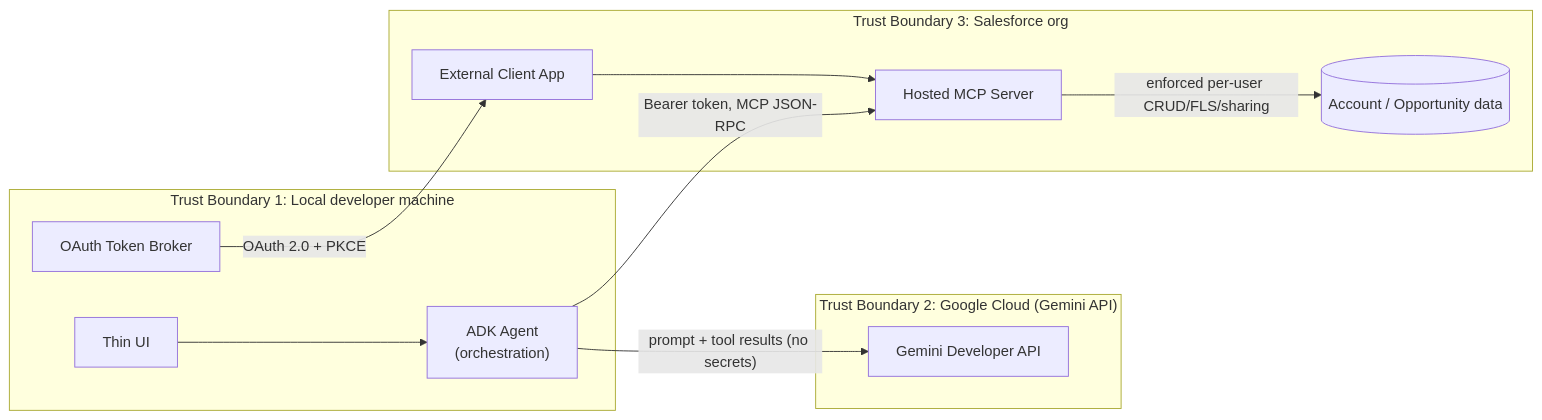
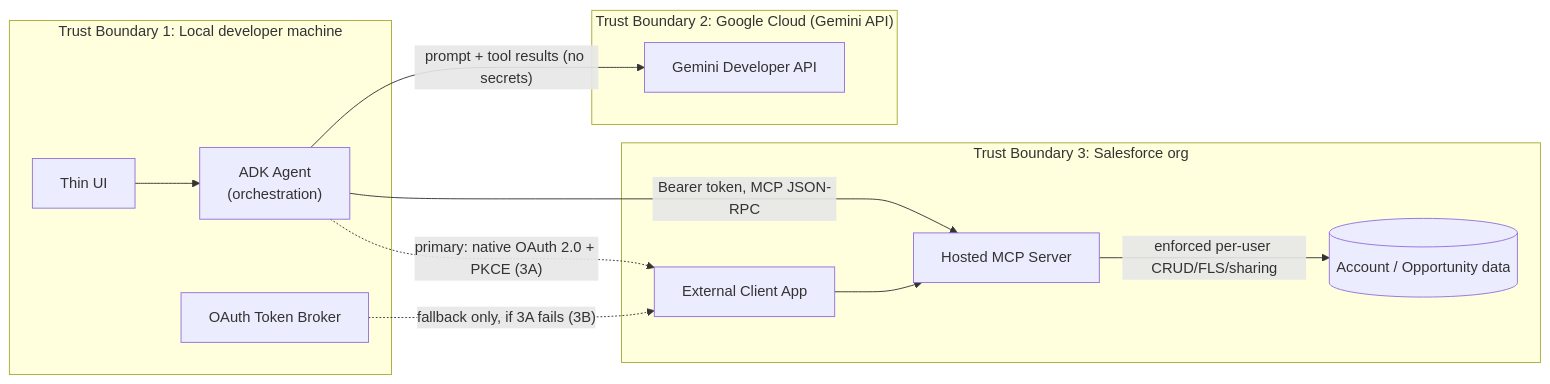
Before and after one commit to vikaspandey1007/sfdc-mcp-poc: the fourth of 4 diagrams in docs/gate-0-plan.md, drawn with Mermaid. The commit also changed other lines of this file, not shown here.

First line of the commit message:
docs: flip D2 to native-first ADK OAuth with tested fallback

````diff
--- a/docs/gate-0-plan.md
+++ b/docs/gate-0-plan.md
@@ -151,23 +175,24 @@
 ```mermaid
 flowchart LR
     subgraph B1["Trust Boundary 1: Local developer machine"]
         UI2[Thin UI]
         Agent2["ADK Agent<br/>(orchestration)"]
         Broker2[OAuth Token Broker]
     end
     subgraph B2["Trust Boundary 2: Google Cloud (Gemini API)"]
         GeminiAPI[Gemini Developer API]
     end
     subgraph B3["Trust Boundary 3: Salesforce org"]
         ECA2[External Client App]
         MCP2[Hosted MCP Server]
         Data[(Account / Opportunity data)]
     end
 
     UI2 --> Agent2
     Agent2 -- "prompt + tool results (no secrets)" --> GeminiAPI
     Agent2 -- "Bearer token, MCP JSON-RPC" --> MCP2
-    Broker2 -- "OAuth 2.0 + PKCE" --> ECA2
+    Agent2 -. "primary: native OAuth 2.0 + PKCE (3A)" .-> ECA2
+    Broker2 -. "fallback only, if 3A fails (3B)" .-> ECA2
     ECA2 --> MCP2
     MCP2 -- "enforced per-user CRUD/FLS/sharing" --> Data
 ```
````
